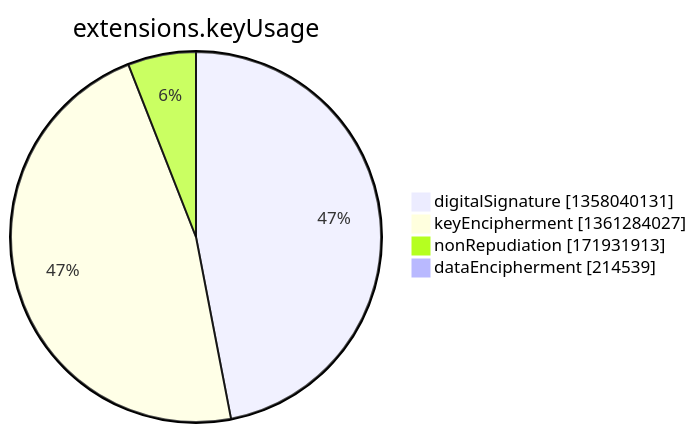
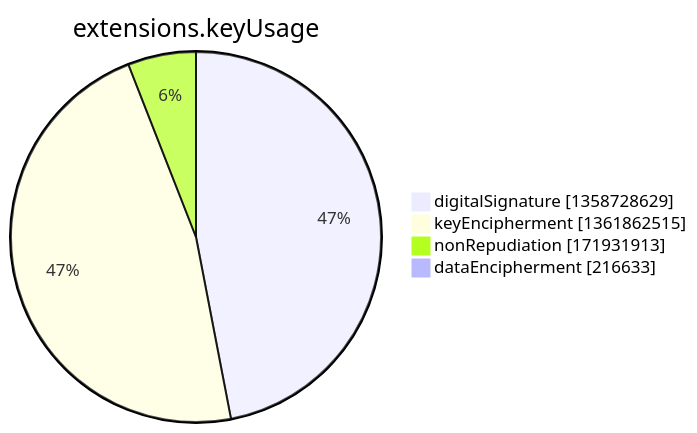
The seventh of 15 diagrams in argon2022/README.md (christiankrug/ctmonitor_visualization), drawn with Mermaid before and after one commit. The commit also changed other lines of this file, not shown here.

````diff
--- a/argon2022/README.md
+++ b/argon2022/README.md
@@ -2750,8 +2750,8 @@
 ```mermaid
 pie showData
 title extensions.keyUsage
-"digitalSignature" :1358040131
-"keyEncipherment" :1361284027
+"digitalSignature" :1358728629
+"keyEncipherment" :1361862515
 "nonRepudiation" :171931913
-"dataEncipherment" :214539
+"dataEncipherment" :216633
 ```
````
